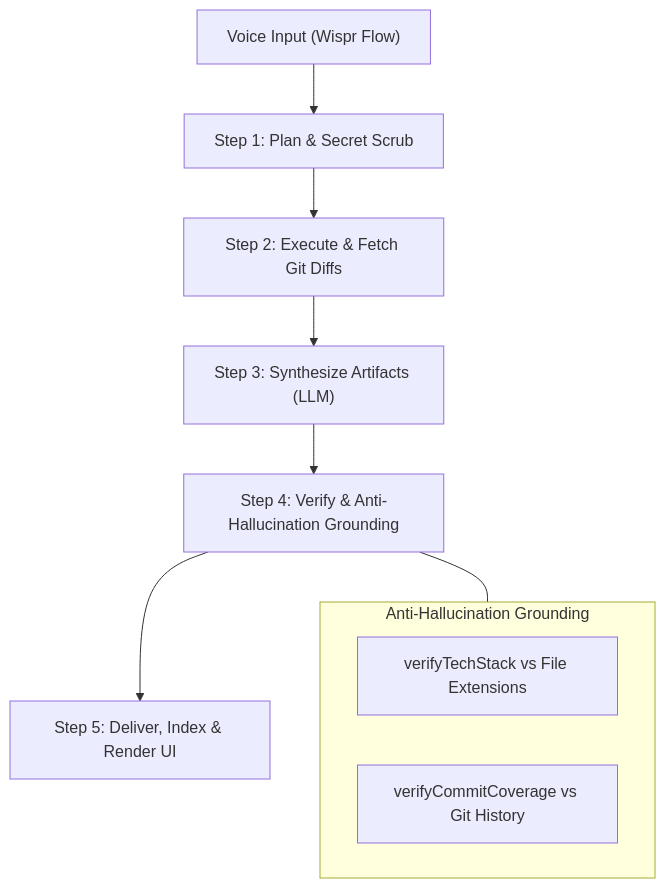
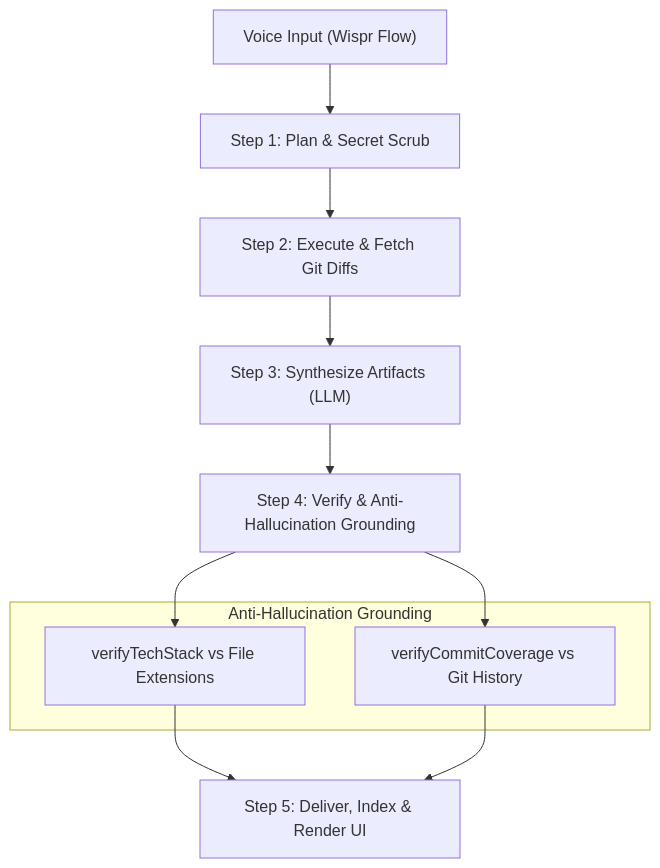
Before and after one commit to Siddhant75/shiplog: the diagram in README.md, drawn with Mermaid. The commit also changed other lines of this file and 1 other file, not shown here.

Commit message:
docs: Polish markdown formatting, Mermaid diagram, and anchor links

````diff
--- a/README.md
+++ b/README.md
@@ -78,14 +79,17 @@
 ```mermaid
 flowchart TD
     A["Voice Input (Wispr Flow)"] --> B["Step 1: Plan & Secret Scrub"]
     B --> C["Step 2: Execute & Fetch Git Diffs"]
     C --> D["Step 3: Synthesize Artifacts (LLM)"]
     D --> E["Step 4: Verify & Anti-Hallucination Grounding"]
-    E --> F["Step 5: Deliver, Index & Render UI"]
     
     subgraph AntiHallucination["Anti-Hallucination Grounding"]
       E1["verifyTechStack vs File Extensions"]
       E2["verifyCommitCoverage vs Git History"]
     end
-    E --- AntiHallucination
+
+    E --> E1
+    E --> E2
+    E1 --> F["Step 5: Deliver, Index & Render UI"]
+    E2 --> F
 ```
````
